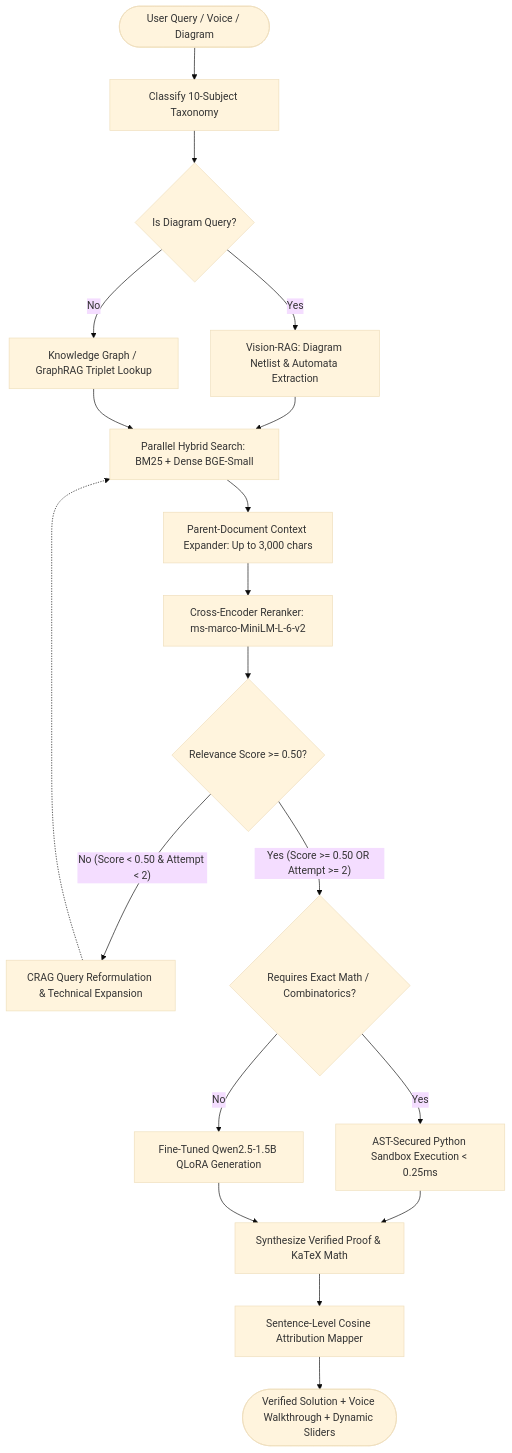
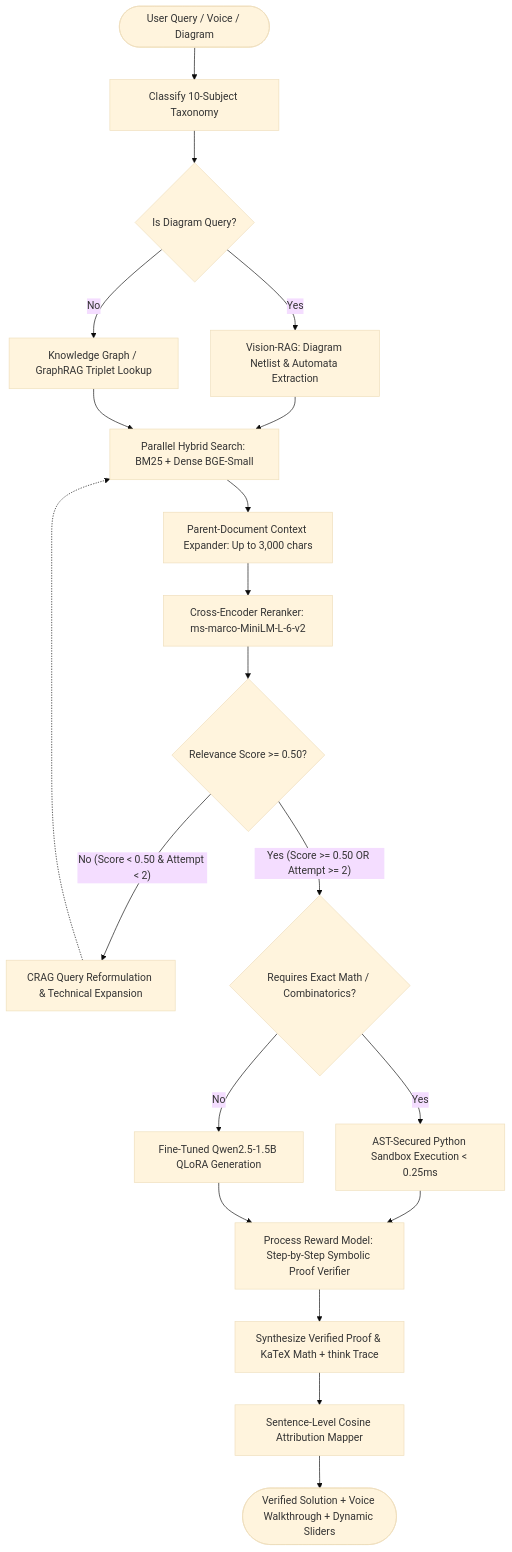
One commit to piyush23-eng/CALYPSO-RAG changed the diagram in README.md. Above: the diagram before and after it, drawn with Mermaid (base theme). The commit also changed other lines of this file, not shown here.

Commit message:
docs: sync README with PRM reasoning engine, DeepSeek-R1 badges, and Multi-Hop GraphRAG ablation table

````diff
--- a/README.md
+++ b/README.md
@@ -62,27 +63,28 @@
 ```mermaid
 flowchart TD
     START([User Query / Voice / Diagram]) --> Classify[Classify 10-Subject Taxonomy]
     Classify --> MultiModal{Is Diagram Query?}
     MultiModal -- Yes --> VisionParser[Vision-RAG: Diagram Netlist & Automata Extraction]
     MultiModal -- No --> GraphRetrieval[Knowledge Graph / GraphRAG Triplet Lookup]
     
     VisionParser --> ParallelRetrieval
     GraphRetrieval --> ParallelRetrieval[Parallel Hybrid Search: BM25 + Dense BGE-Small]
     
     ParallelRetrieval --> ParentExpander[Parent-Document Context Expander: Up to 3,000 chars]
     ParentExpander --> Rerank[Cross-Encoder Reranker: ms-marco-MiniLM-L-6-v2]
     
     Rerank --> CRAG_Gate{Relevance Score >= 0.50?}
     CRAG_Gate -- "No (Score < 0.50 & Attempt < 2)" --> Reformulate[CRAG Query Reformulation & Technical Expansion]
     Reformulate -.-> ParallelRetrieval
     
     CRAG_Gate -- "Yes (Score >= 0.50 OR Attempt >= 2)" --> SandboxCheck{Requires Exact Math / Combinatorics?}
     SandboxCheck -- Yes --> PythonSandbox[AST-Secured Python Sandbox Execution < 0.25ms]
     SandboxCheck -- No --> QLoRAGeneration[Fine-Tuned Qwen2.5-1.5B QLoRA Generation]
     
-    PythonSandbox --> Synthesis[Synthesize Verified Proof & KaTeX Math]
-    QLoRAGeneration --> Synthesis
+    PythonSandbox --> PRMVerifier[Process Reward Model: Step-by-Step Symbolic Proof Verifier]
+    QLoRAGeneration --> PRMVerifier
     
+    PRMVerifier --> Synthesis[Synthesize Verified Proof & KaTeX Math + think Trace]
     Synthesis --> CitationMapper[Sentence-Level Cosine Attribution Mapper]
     CitationMapper --> END([Verified Solution + Voice Walkthrough + Dynamic Sliders])
 ```
````
